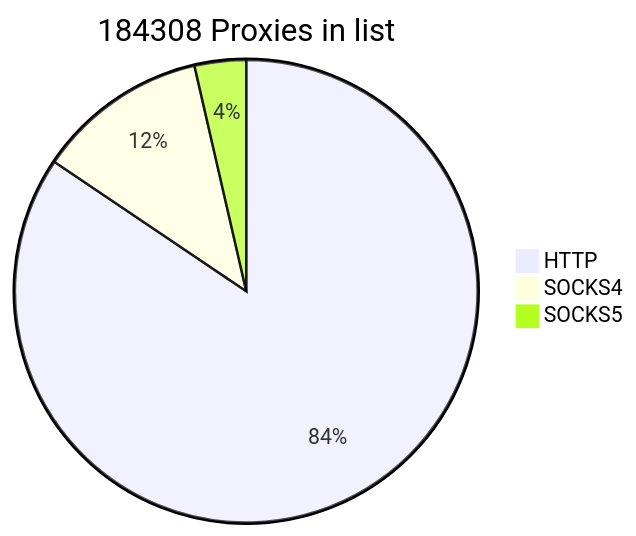
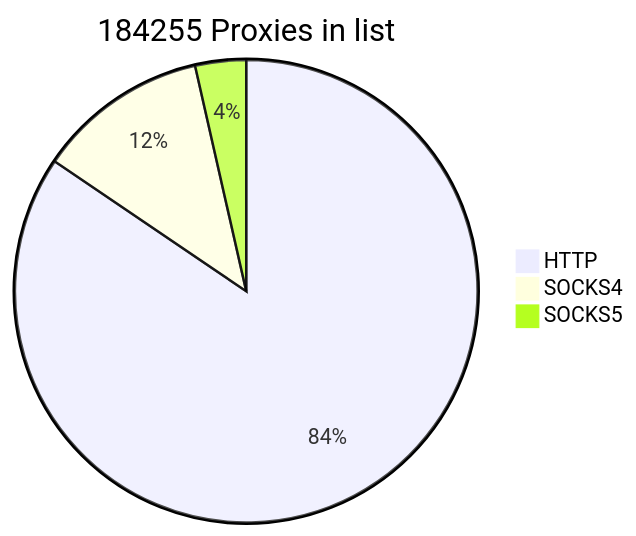
The first of 2 diagrams in README.md (cutipu/proxylist), drawn with Mermaid before and after one commit. The commit also changed other lines of this file, not shown here.

````diff
--- a/README.md
+++ b/README.md
@@ -2,7 +2,7 @@
 ```mermaid
-pie title 184308 Proxies in list
-    "HTTP" : 155636
-    "SOCKS4" : 22045
-    "SOCKS5" : 6627
+pie title 184255 Proxies in list
+    "HTTP" : 155672
+    "SOCKS4" : 22036
+    "SOCKS5" : 6547
             
 ```
````
